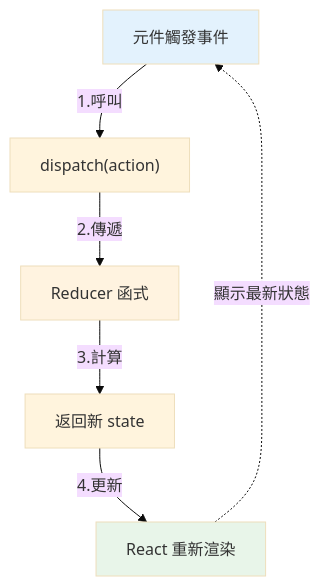
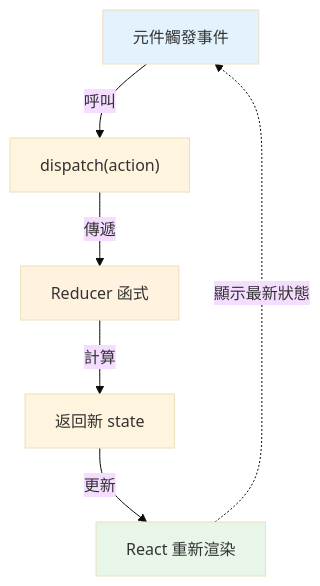
Before and after one commit to summer10920/summer10920.github.io: the third of 4 diagrams in source/_posts/lokiTech-js-react-19-of-4-context-reducer.md, drawn with Mermaid (base theme). The commit also changed other lines of this file and 8 other files, not shown here.

```diff
--- a/source/_posts/lokiTech-js-react-19-of-4-context-reducer.md
+++ b/source/_posts/lokiTech-js-react-19-of-4-context-reducer.md
@@ -1178,17 +1251,17 @@
 {% mermaid graph TD %}
     A["元件觸發事件"]
     B["dispatch(action)"]
     C["Reducer 函式"]
     D["返回新 state"]
     E["React 重新渲染"]
     
-    A -->|"1.呼叫"| B
-    B -->|"2.傳遞"| C
-    C -->|"3.計算"| D
-    D -->|"4.更新"| E
+    A -->|"呼叫"| B
+    B -->|"傳遞"| C
+    C -->|"計算"| D
+    D -->|"更新"| E
     E -.->|"顯示最新狀態"| A
     
     style A fill:#e3f2fd
     style C fill:#fff3e0
     style E fill:#e8f5e9
 {% endmermaid %}
```
